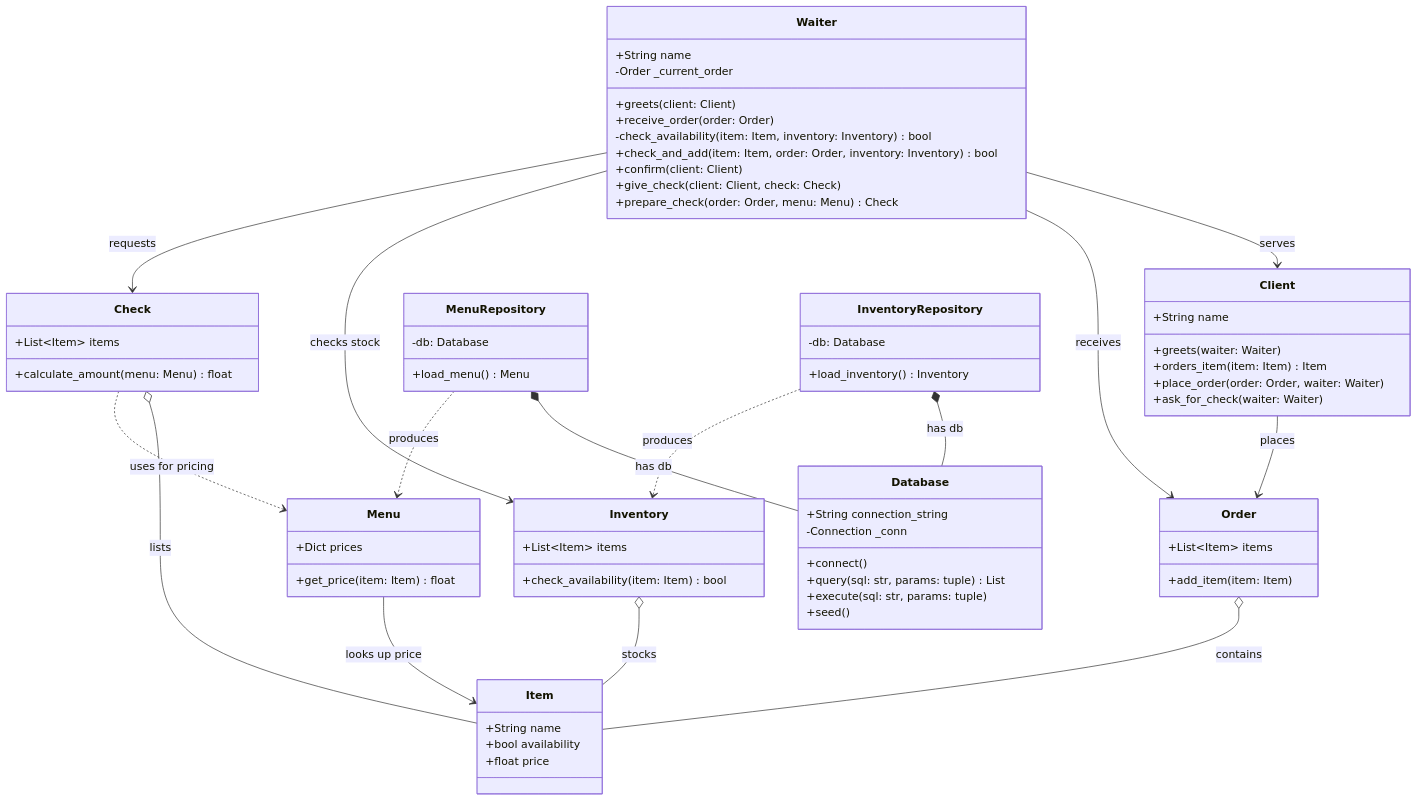
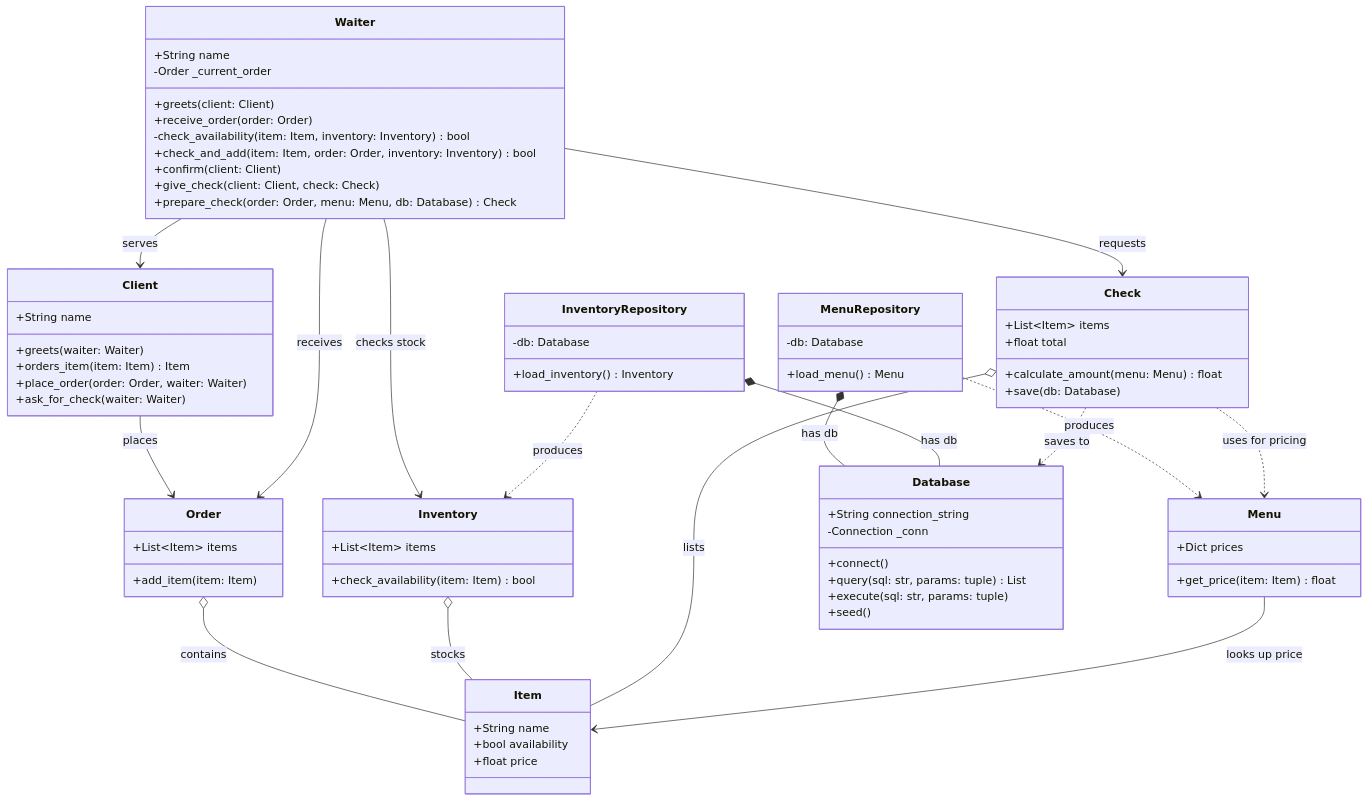
One commit to pawelofficial/dbagent changed the diagram in docs/diagrams/class.mmd. Above: the diagram before and after it, drawn with Mermaid. The commit also changed 4 other files, not shown here.

```diff
--- a/docs/diagrams/class.mmd
+++ b/docs/diagrams/class.mmd
@@ -1,87 +1,90 @@
 classDiagram
     class Waiter {
         +String name
         -Order _current_order
         +greets(client: Client)
         +receive_order(order: Order)
         -check_availability(item: Item, inventory: Inventory) bool
         +check_and_add(item: Item, order: Order, inventory: Inventory) bool
         +confirm(client: Client)
         +give_check(client: Client, check: Check)
-        +prepare_check(order: Order, menu: Menu) Check
+        +prepare_check(order: Order, menu: Menu, db: Database) Check
     }
 
     class Client {
         +String name
         +greets(waiter: Waiter)
         +orders_item(item: Item) Item
         +place_order(order: Order, waiter: Waiter)
         +ask_for_check(waiter: Waiter)
     }
 
     class Order {
         +List~Item~ items
         +add_item(item: Item)
     }
 
     class Check {
         +List~Item~ items
+        +float total
         +calculate_amount(menu: Menu) float
+        +save(db: Database)
     }
 
     class Item {
         +String name
         +bool availability
         +float price
     }
 
     class Inventory {
         +List~Item~ items
         +check_availability(item: Item) bool
     }
 
     class Menu {
         +Dict prices
         +get_price(item: Item) float
     }
 
     class Database {
         +String connection_string
         -Connection _conn
         +connect()
         +query(sql: str, params: tuple) List
         +execute(sql: str, params: tuple)
         +seed()
     }
 
     class MenuRepository {
         -db: Database
         +load_menu() Menu
     }
 
     class InventoryRepository {
         -db: Database
         +load_inventory() Inventory
     }
 
     %% Aggregation - holds a collection as a field
     Order o-- Item : contains
     Inventory o-- Item : stocks
     Check o-- Item : lists
 
     %% Association - uses in method params, doesn't hold
     Waiter --> Client : serves
     Client --> Order : places
     Waiter --> Order : receives
     Waiter --> Inventory : checks stock
     Waiter --> Check : requests
     Menu --> Item : looks up price
 
     %% Composition - owns as a field, tightly coupled
     MenuRepository *-- Database : has db
     InventoryRepository *-- Database : has db
 
     %% Dependencies - only used as return types in methods
     MenuRepository ..> Menu : produces
     InventoryRepository ..> Inventory : produces
     Check ..> Menu : uses for pricing
+    Check ..> Database : saves to
```
